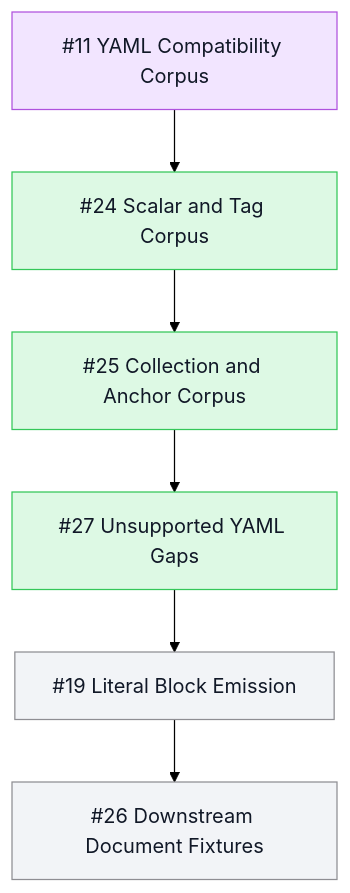
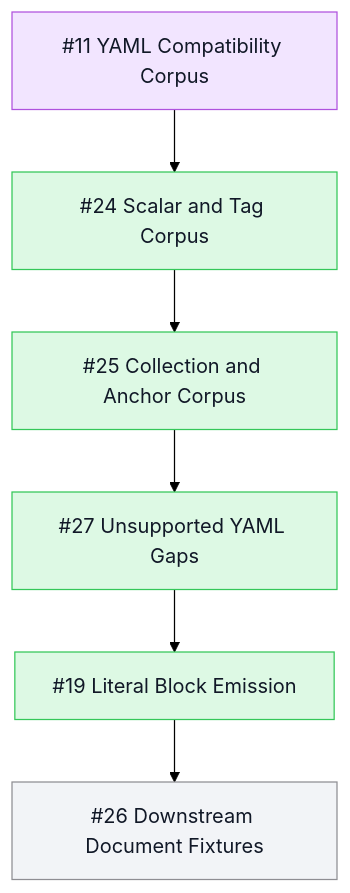
The third of 3 diagrams in README.md (mihaelamj/PureYAML), drawn with Mermaid (forest theme) before and after one commit. The commit also changed other lines of this file and 4 other files, not shown here.

Commit message:
feat(emitting): broaden literal block fixtures

````diff
--- a/README.md
+++ b/README.md
@@ -68,18 +68,18 @@
 ```mermaid
 flowchart TB
   classDef done fill:#ddf9e4,stroke:#34c759,color:#111827
   classDef review fill:#fff7d6,stroke:#ffcc00,color:#111827
   classDef epic fill:#f2e5ff,stroke:#af52de,color:#111827
   classDef todo fill:#f2f4f7,stroke:#8e8e93,color:#111827
   Epic11["#11 YAML Compatibility Corpus"]:::epic
   Scalar24["#24 Scalar and Tag Corpus"]:::done
   Collection25["#25 Collection and Anchor Corpus"]:::done
   Gaps27["#27 Unsupported YAML Gaps"]:::done
-  Literal19["#19 Literal Block Emission"]:::todo
+  Literal19["#19 Literal Block Emission"]:::done
   Downstream26["#26 Downstream Document Fixtures"]:::todo
   Epic11 --> Scalar24
   Scalar24 --> Collection25
   Collection25 --> Gaps27
   Gaps27 --> Literal19
   Literal19 --> Downstream26
 ```
````
